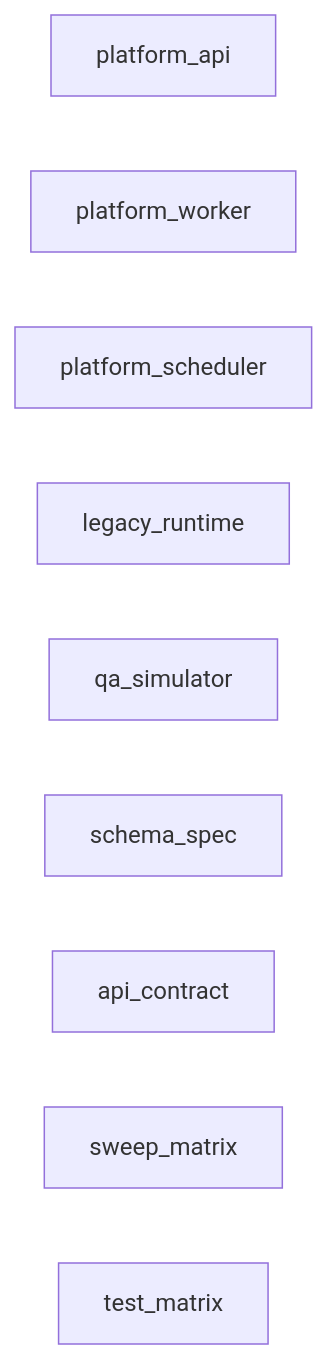
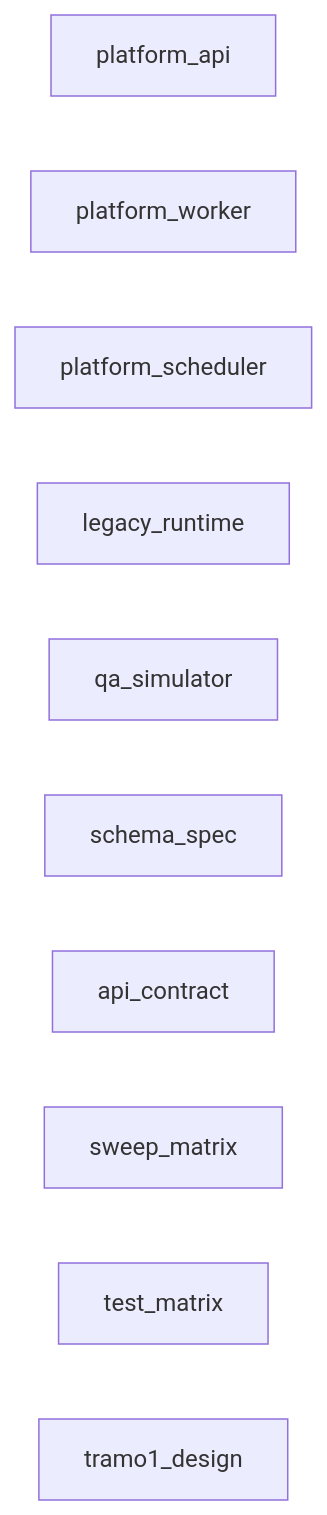
The first of 5 diagrams in docs/superpowers/deliveries/E1-fundacion-sombra.md (fusionbikesok-ui/Herramientas), drawn with Mermaid before and after one commit. The commit also changed other lines of this file and 10 other files, not shown here.

````diff
--- a/docs/superpowers/deliveries/E1-fundacion-sombra.md
+++ b/docs/superpowers/deliveries/E1-fundacion-sombra.md
@@ -224,12 +224,13 @@
 ```mermaid
 flowchart LR
   platform_api[platform_api]
   platform_worker[platform_worker]
   platform_scheduler[platform_scheduler]
   legacy_runtime[legacy_runtime]
   qa_simulator[qa_simulator]
   schema_spec[schema_spec]
   api_contract[api_contract]
   sweep_matrix[sweep_matrix]
   test_matrix[test_matrix]
+  tramo1_design[tramo1_design]
 ```
````
